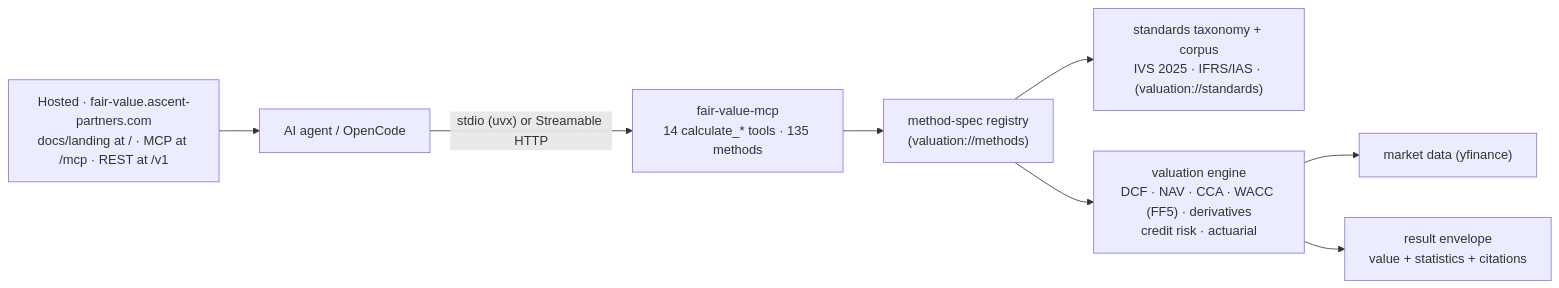
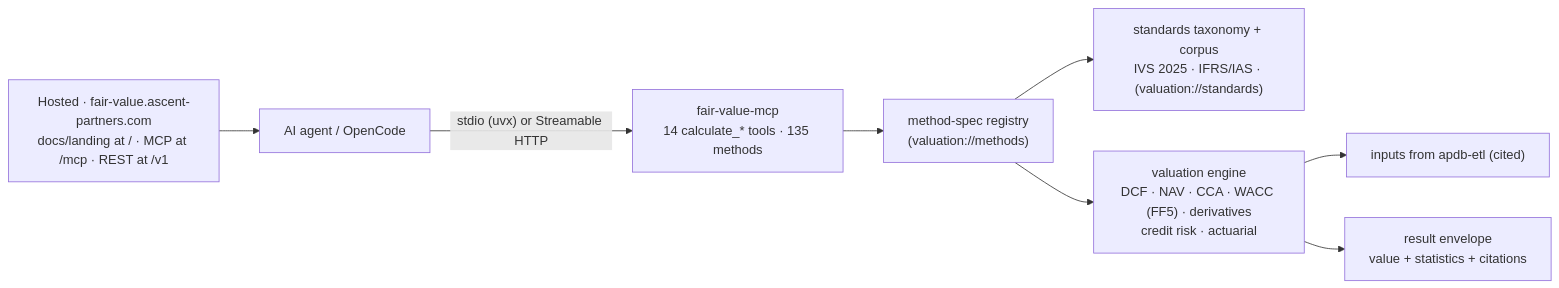
One commit to simonmak-ascent/fair-value changed the first of 3 diagrams in README.md. Above: the diagram before and after it, drawn with Mermaid. The commit also changed other lines of this file and 4 other files, not shown here.

````diff
--- a/README.md
+++ b/README.md
@@ -45,10 +45,10 @@
 ```mermaid
 flowchart LR
   CLIENT["AI agent / OpenCode"] -->|"stdio (uvx) or Streamable HTTP"| MCP["fair-value-mcp<br/>14 calculate_* tools · 135 methods"]
   HOST["Hosted · fair-value.ascent-partners.com<br/>docs/landing at / · MCP at /mcp · REST at /v1"] --> CLIENT
   MCP --> REG["method-spec registry<br/>(valuation://methods)"]
   REG --> STD["standards taxonomy + corpus<br/>IVS 2025 · IFRS/IAS · (valuation://standards)"]
   REG --> CORE["valuation engine<br/>DCF · NAV · CCA · WACC (FF5) · derivatives<br/>credit risk · actuarial"]
-  CORE --> DATA["market data (yfinance)"]
+  CORE --> DATA["inputs from apdb-etl (cited)"]
   CORE --> ENV["result envelope<br/>value + statistics + citations"]
 ```
````
